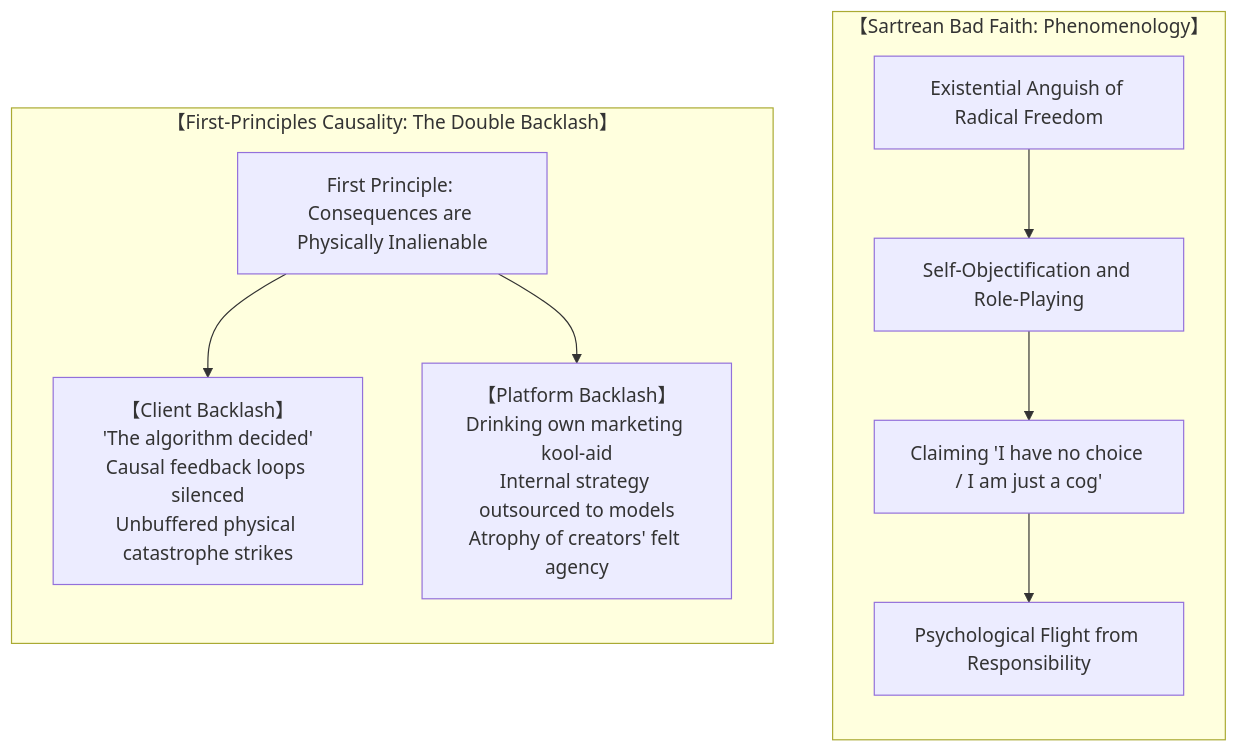
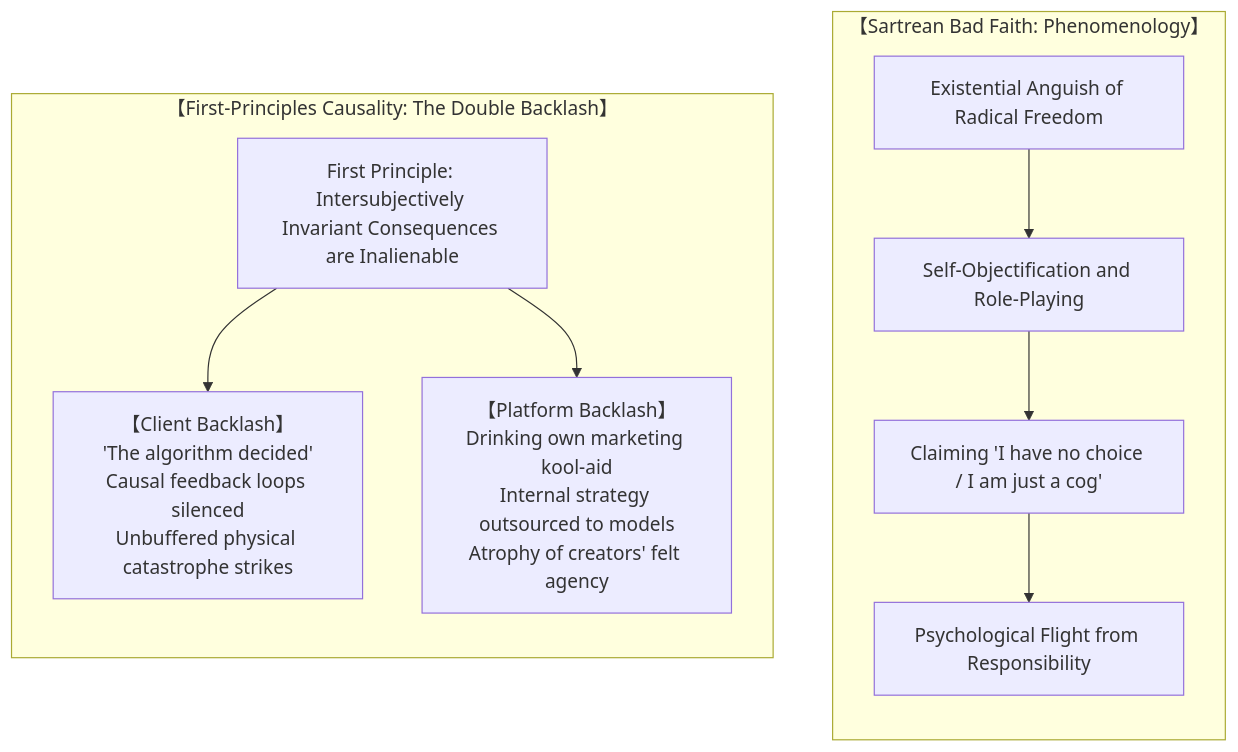
One commit to powerpig99/not-a-toe changed the seventh of 11 diagrams in content/posts/the-delegation-of-the-task-and-the-inalienability-of-consequences.md. Above: the diagram before and after it, drawn with Mermaid. The commit also changed other lines of this file and 4 other files, not shown here.

````diff
--- a/content/posts/the-delegation-of-the-task-and-the-inalienability-of-consequences.md
+++ b/content/posts/the-delegation-of-the-task-and-the-inalienability-of-consequences.md
@@ -193,16 +197,16 @@
 ```mermaid
 graph TD
     subgraph Sartrean_Phenomenology_EN["【Sartrean Bad Faith: Phenomenology】"]
         direction TB
         S1_EN["Existential Anguish of Radical Freedom"] --> S2_EN["Self-Objectification and Role-Playing"]
         S2_EN --> S3_EN["Claiming 'I have no choice / I am just a cog'"]
         S3_EN --> S4_EN["Psychological Flight from Responsibility"]
     end
 
     subgraph Causal_First_Principles_EN["【First-Principles Causality: The Double Backlash】"]
         direction TB
-        C_Origin_EN["First Principle: Consequences are Physically Inalienable"]
+        C_Origin_EN["First Principle: Intersubjectively Invariant Consequences are Inalienable"]
         C_Origin_EN --> B_Client_EN["【Client Backlash】<br/>'The algorithm decided'<br/>Causal feedback loops silenced<br/>Unbuffered physical catastrophe strikes"]
         C_Origin_EN --> B_Platform_EN["【Platform Backlash】<br/>Drinking own marketing kool-aid<br/>Internal strategy outsourced to models<br/>Atrophy of creators' felt agency"]
     end
 ```
````
